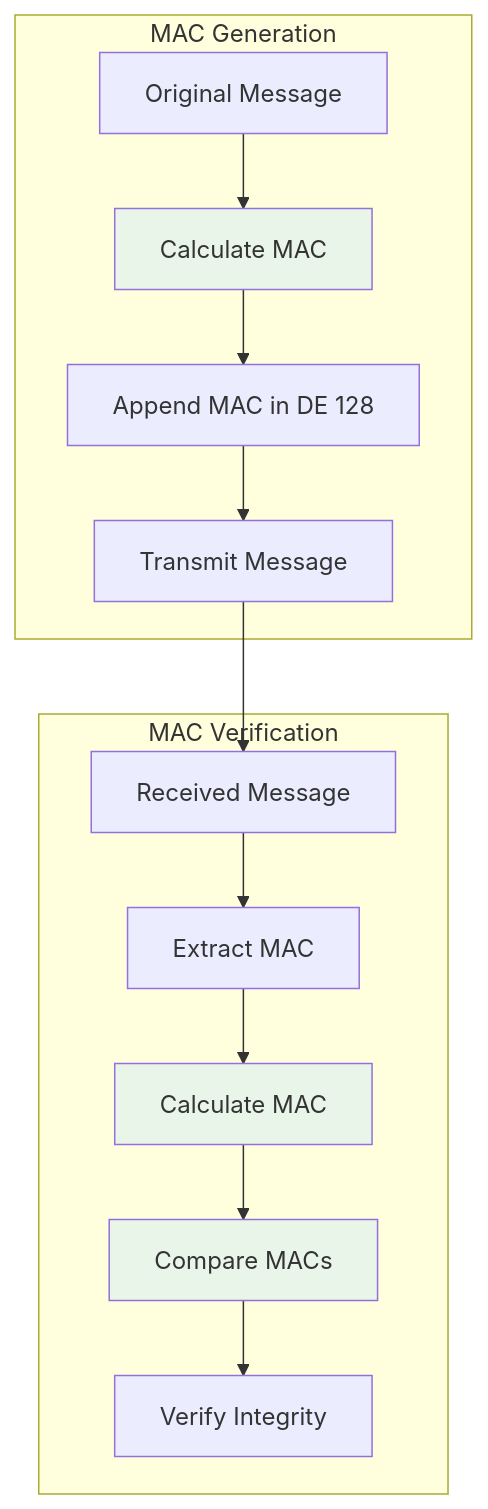
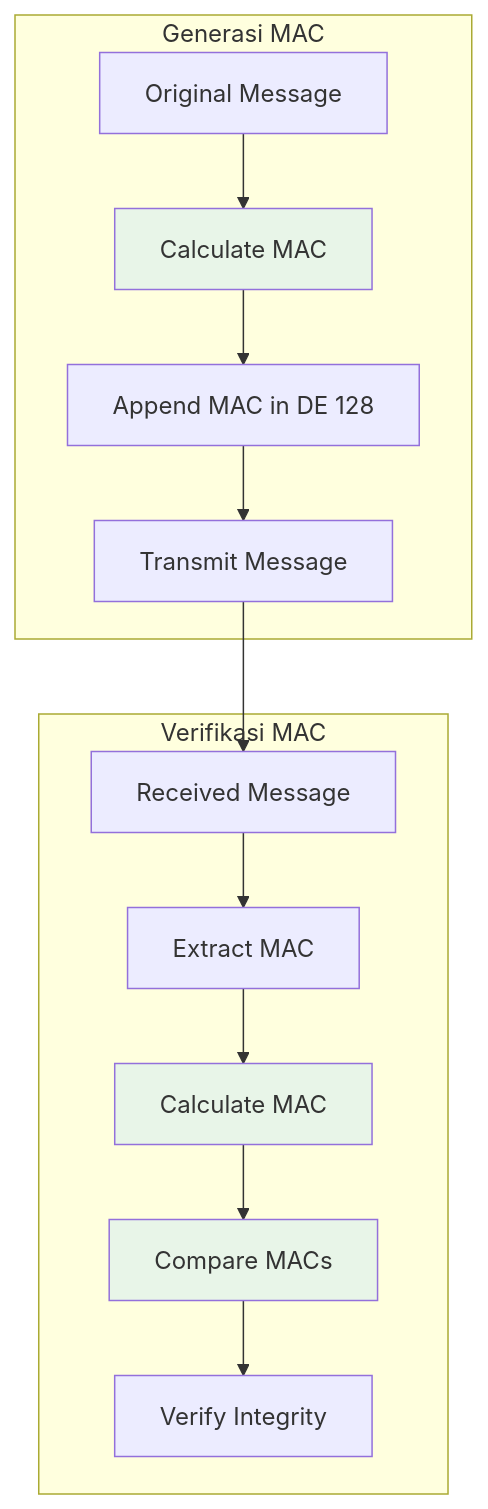
One commit to artivisi/training-spring-jpos-2025 changed the fourth of 7 diagrams in workshop/day-4/INSTRUCTIONS.md. Above: the diagram before and after it, drawn with Mermaid. The commit also changed other lines of this file and 4 other files, not shown here.

````diff
--- a/workshop/day-4/INSTRUCTIONS.md
+++ b/workshop/day-4/INSTRUCTIONS.md
@@ -123,30 +123,30 @@
 ```mermaid
 graph TB
-    subgraph "MAC Generation"
+    subgraph "Generasi MAC"
         A1[Original Message]
         A2[Calculate MAC]
         A3[Append MAC in DE 128]
         A4[Transmit Message]
     end
 
-    subgraph "MAC Verification"
+    subgraph "Verifikasi MAC"
         B1[Received Message]
         B2[Extract MAC]
         B3[Calculate MAC]
         B4[Compare MACs]
         B5[Verify Integrity]
     end
 
     A1 --> A2
     A2 --> A3
     A3 --> A4
     A4 --> B1
     B1 --> B2
     B2 --> B3
     B3 --> B4
     B4 --> B5
 
     style A2 fill:#e8f5e8
     style B3 fill:#e8f5e8
     style B4 fill:#e8f5e8
 ```
````
